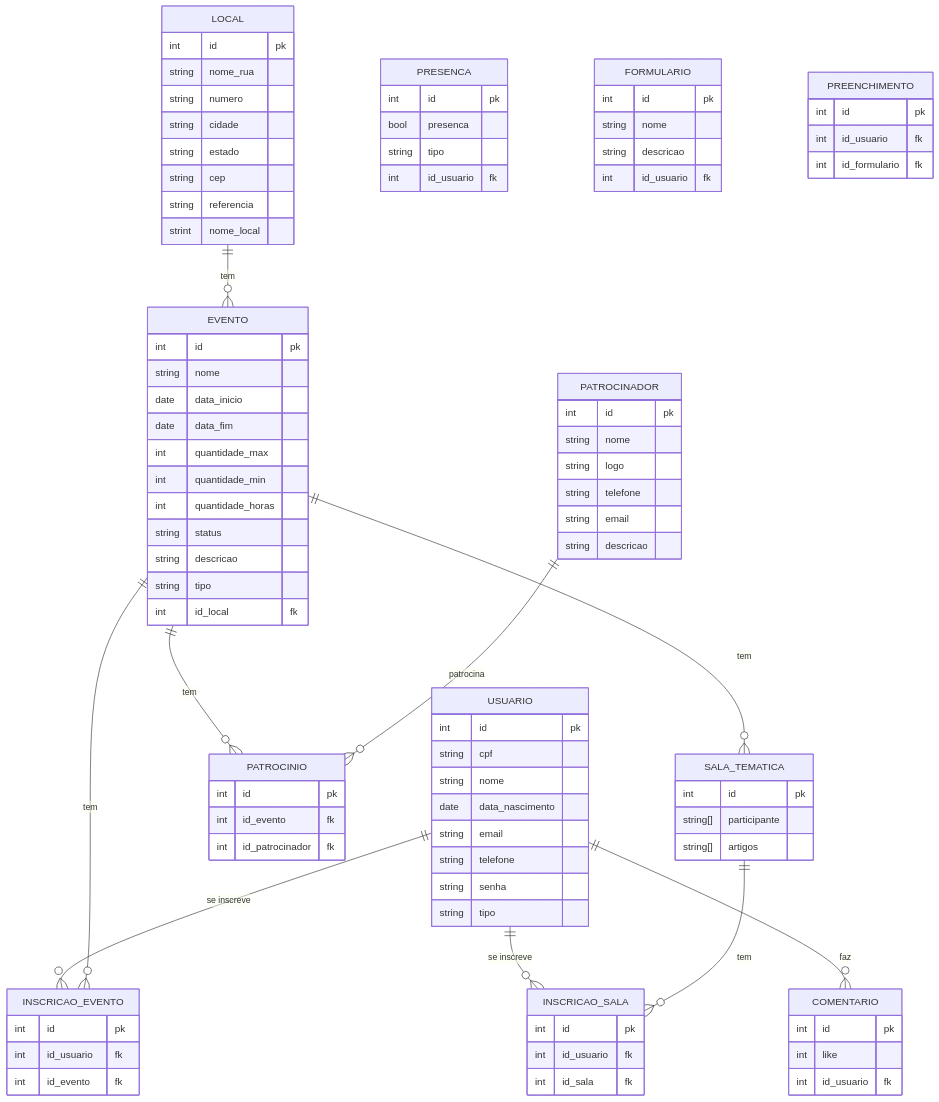
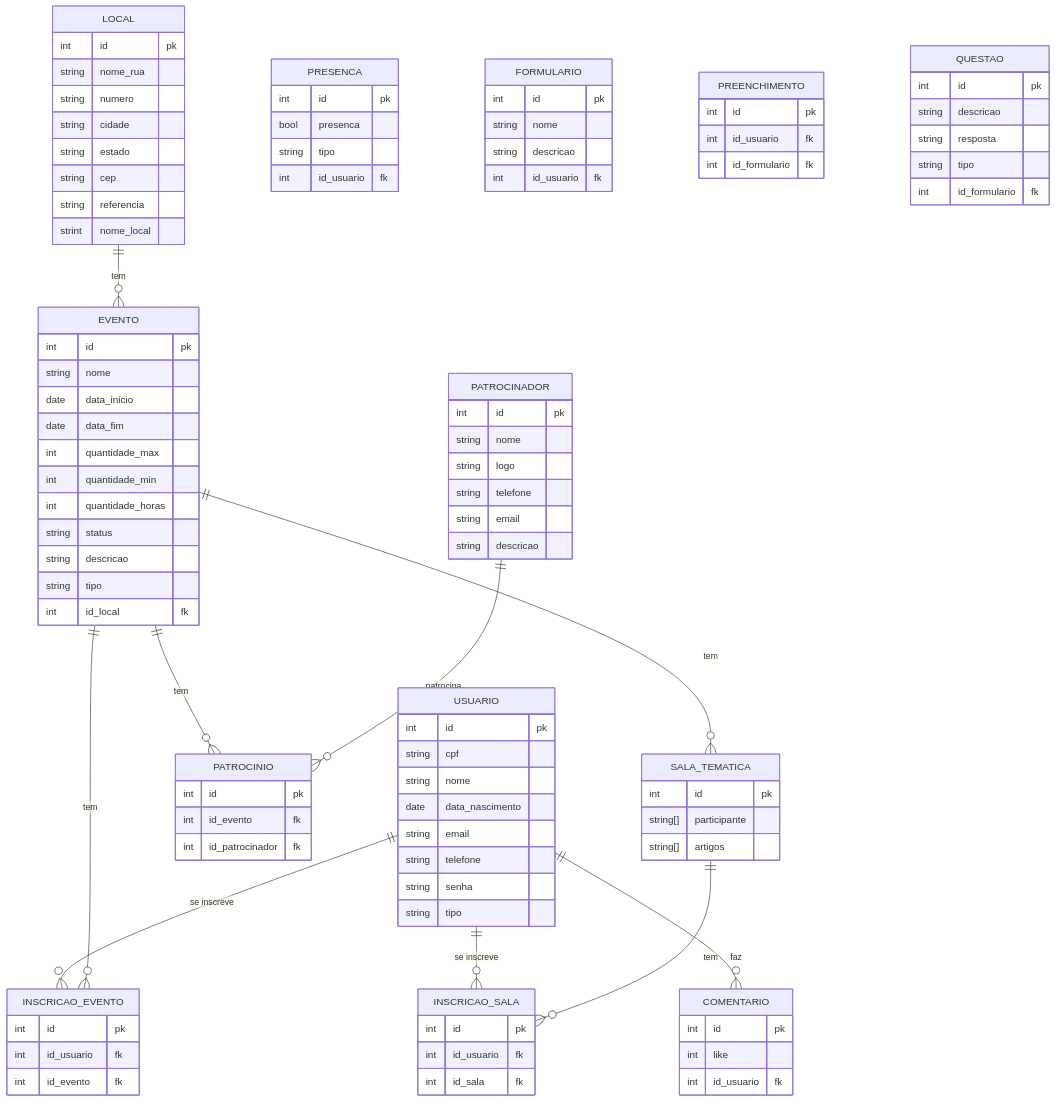
The diagram in docs/doc-visao.md (tallysdev/eventSync), drawn with Mermaid before and after one commit.

Commit message:
docs: add "QUESTAO" no modelo ER #32

```diff
--- a/docs/doc-visao.md
+++ b/docs/doc-visao.md
@@ -209,6 +209,14 @@
         int id_formulario fk
     }
 
+    QUESTAO {
+        int id pk
+        string descricao
+        string resposta
+        string tipo
+        int id_formulario fk
+    }
+
     USUARIO ||--o{ INSCRICAO_EVENTO : "se inscreve"
 
     EVENTO ||--o{ INSCRICAO_EVENTO : "tem"
```
